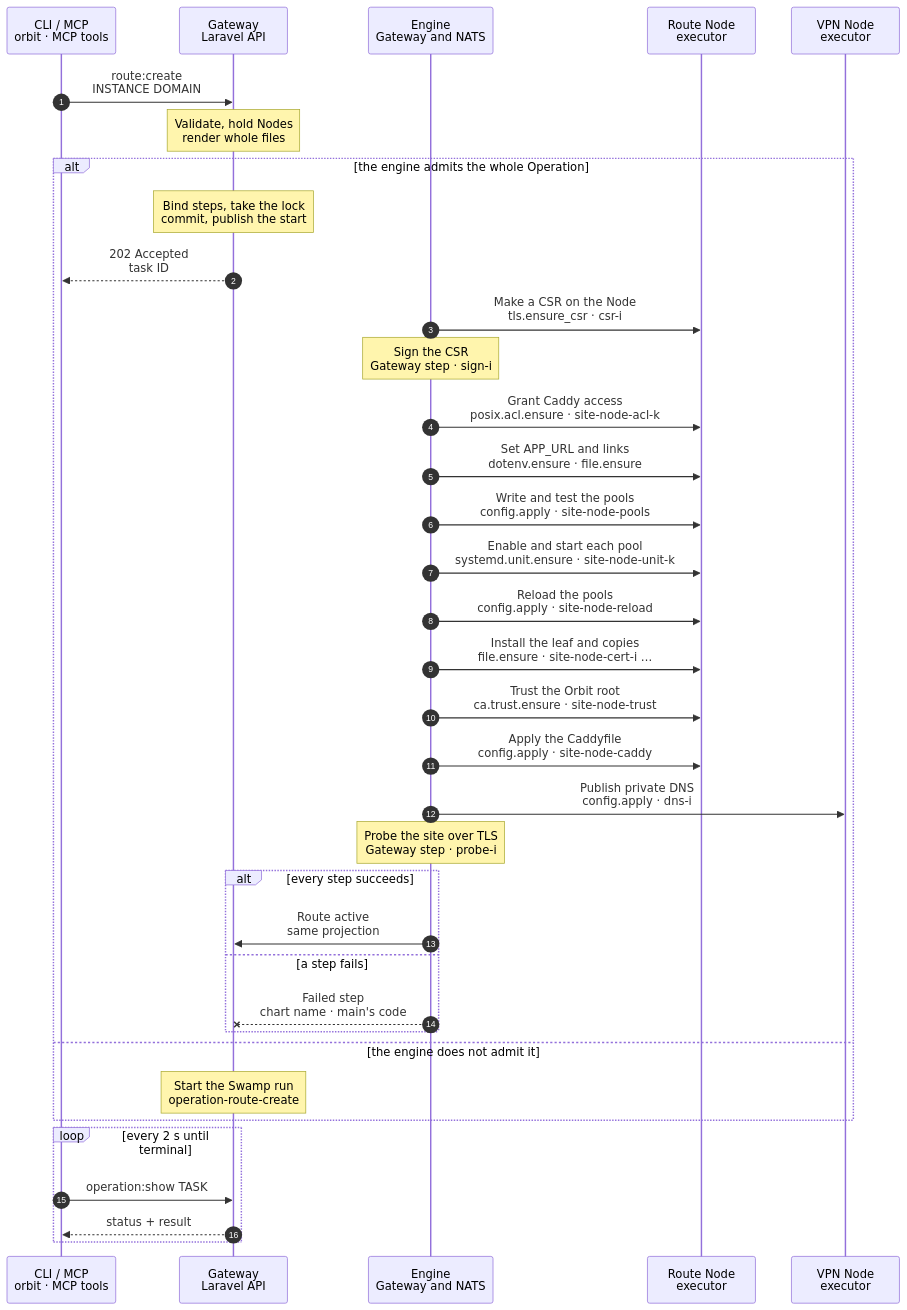
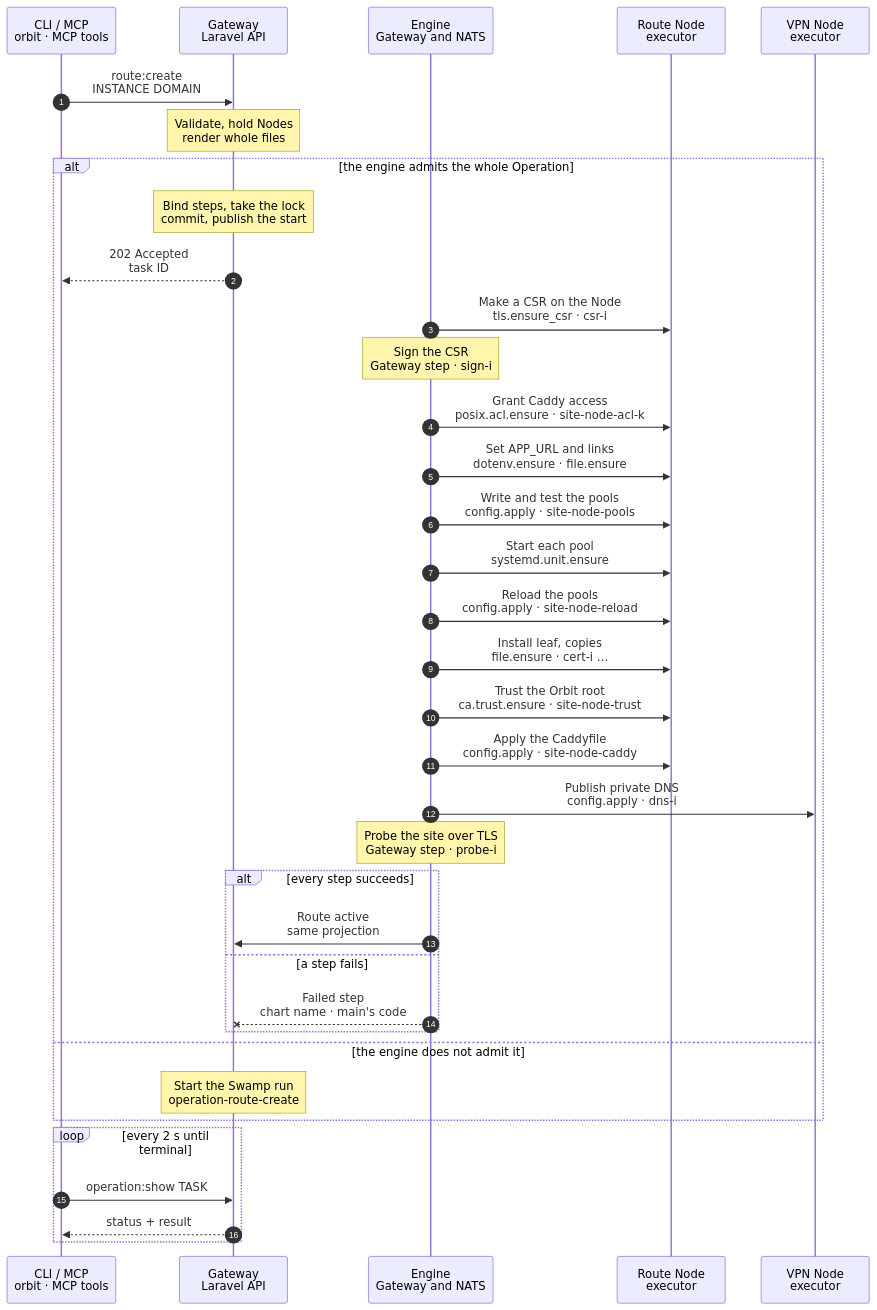
One commit to hardimpactdev/orbit changed the diagram in docs/cli/route/engine/create.mmd. Above: the diagram before and after it, drawn with Mermaid. The commit also changed 1 other file, not shown here.

Commit message:
ORB-6352: route.create engine chart labels and Routes page

```diff
--- a/docs/cli/route/engine/create.mmd
+++ b/docs/cli/route/engine/create.mmd
@@ -1,66 +1,66 @@
 sequenceDiagram
   %% route.create on the Gateway engine: the steps of route/create.mmd (workflow operation-route-create) as host catalogue primitives composed in the Gateway (RouteEngineFlow, RouteHostSteps). ADR 0271, Routes rewrite PR B (ORB-6352).
   %% Pending: the account's key copy needs file.ensure `source_path` (ORB-6360) and Caddy's recursive access needs a tree scope for posix.acl.ensure (Nick's decision); admission keeps route.create on Swamp until both exist.
   %% status: draft
   %% command: route:create
   %% kind: route.create
   autonumber
   %% lane CLI icon=terminal pill=caller tone=gray
   %% lane GW icon=gateway pill=intent tone=blue
   %% lane EN icon=workflow pill=engine tone=purple
   %% lane N icon=server pill=executor tone=amber
   %% lane V icon=server pill=executor tone=green
   participant CLI as CLI / MCP<br/>orbit · MCP tools
   participant GW as Gateway<br/>Laravel API
   participant EN as Engine<br/>Gateway and NATS
   participant N as Route Node<br/>executor
   participant V as VPN Node<br/>executor
   CLI->>GW: route:create<br/>INSTANCE DOMAIN
   Note over GW: Validate, hold Nodes<br/>render whole files
   %%> Same guards, holds and admitted plan as route/create.mmd (`route_create`, NativeRouteCreatePlan)
   %%> The plan also carries each Node's account group and home (`accounts`) and the digest of each file the create replaces, rendered from the sites at admission (`guards`: Caddyfile, shared pools, records and catalog, raw bytes); a waiting create renders them again with its Caddyfiles
   alt the engine admits the whole Operation
     %%> Admission, one decision per Operation (EngineKinds::routes):
     %%> - `route.create` is in `ORBIT_ENGINE_KINDS`, and every Node a step touches reports each step's primitive in `$KV.NODES` (the `host` family from agent 0.36.0), with `tls.csr_input` on the leaf Node and `file.source_path` on the Node of an account copy
     %%> - the flow accepts the plan shape; an Ingress edge, a LAN rule, a production `.env`, awake markers, Caddy access rows, or a pool outside the two pool kinds throws `EngineUnsupported`
     %%> - while either pending step is missing, the kind's admission refuses every Route (RouteEngineFlow::admit), so route.create runs on Swamp
     Note over GW: Bind steps, take the lock<br/>commit, publish the start
     GW-->>CLI: 202 Accepted<br/>task ID
     EN->>N: Make a CSR on the Node<br/>tls.ensure_csr · csr-i
     %%> The Gateway sends the folder, its root:caddy owner, modes 0750 and 0640, and the subject; the key never leaves the Node
     Note over EN: Sign the CSR<br/>Gateway step · sign-i
     %%> As `operation:direct:certificate-sign`; a pending cancel refuses
     EN->>N: Grant Caddy access<br/>posix.acl.ensure · site-node-acl-k
     %%> Pending Nick's decision on a tree scope (RouteHostSteps::access): each admitted row is recursive over a checkout or its served roots, and posix.acl.ensure acts on one path
     EN->>N: Set APP_URL and links<br/>dotenv.ensure · file.ensure
     %%> `site-node-url-k`: the last `APP_URL=` line of an existing `.env` that the account owns, replaced or appended; `site-node-link-k`: a release link owned by its account
     EN->>N: Write and test the pools<br/>config.apply · site-node-pools
     %%> Under `/etc/caddy/.orbit-publish.lock`: each pool rendered whole with the account's group and home, root:root 0644, from its rendered-from digest; `php-fpm` validators from the fixed list; a failed test restores the files
-    EN->>N: Enable and start each pool<br/>systemd.unit.ensure · site-node-unit-k
+    EN->>N: Start each pool<br/>systemd.unit.ensure
     EN->>N: Reload the pools<br/>config.apply · site-node-reload
     %%> The same files and validators, then each pool unit reloads on every run, as route.publish_site did
-    EN->>N: Install the leaf and copies<br/>file.ensure · site-node-cert-i …
+    EN->>N: Install leaf, copies<br/>file.ensure · cert-i …
     %%> `cert-i`: the signed leaf, root:caddy 0644; `current-i`: the version link; `folder-i`: the account copy's folder, root 0755 as `install -D` made it; `key-i`: the key copied on the Node (`source_path`, pending ORB-6360), account 0600; `copy-i`: the leaf, account 0600; `copylink-i`: the account's version link
     EN->>N: Trust the Orbit root<br/>ca.trust.ensure · site-node-trust
     %%> `orbit-managed-root-ca.crt`, root:root 0644; the plain `update-ca-certificates` runs after a change
     EN->>N: Apply the Caddyfile<br/>config.apply · site-node-caddy
     %%> Under `/etc/caddy/.orbit-publish.lock`: the whole Caddyfile, root:caddy 0640, from its rendered-from digest; validated as `caddy`; Caddy reloads on every run; a failed validation or reload restores the file
     EN->>V: Publish private DNS<br/>config.apply · dns-i
     %%> Beside the sites, after the signatures. Under `/run/lock/orbit-dnsmasq.lock`: records and catalog, root:root 0644, each from its rendered-from digest; the `dnsmasq` validator over `/etc/dnsmasq.conf` and `/etc/dnsmasq.d`; dnsmasq and the private DNS listener restart on every run
     Note over EN: Probe the site over TLS<br/>Gateway step · probe-i
     %%> After each Node's last site step: a TLS handshake by WireGuard address, trusting only the Orbit root
     %%> Every config.apply input comes from the admitted plan alone, so a resend carries the same bytes, the order's identity; its `recovery_dir` is `/var/lib/orbit/executor/config-recovery` on every Node
     alt every step succeeds
       EN->>GW: Route active<br/>same projection
     else a step fails
       EN--xGW: Failed step<br/>chart name · main's code
       %%> A Node's site steps record `Install cert, publish site-<node>` with `route.input_invalid`, `route.content_missing` or `route.publish_failed`; `dns-i` records `Publish private DNS-i` with its `dns.*` code; a guard refusal is `owned_revision_conflict`
     end
   else the engine does not admit it
     Note over GW: Start the Swamp run<br/>operation-route-create
     %%> No step runs on the engine; an Operation never splits across engines
   end
   loop every 2 s until terminal
     CLI->>GW: operation:show TASK
     GW-->>CLI: status + result
   end
```
